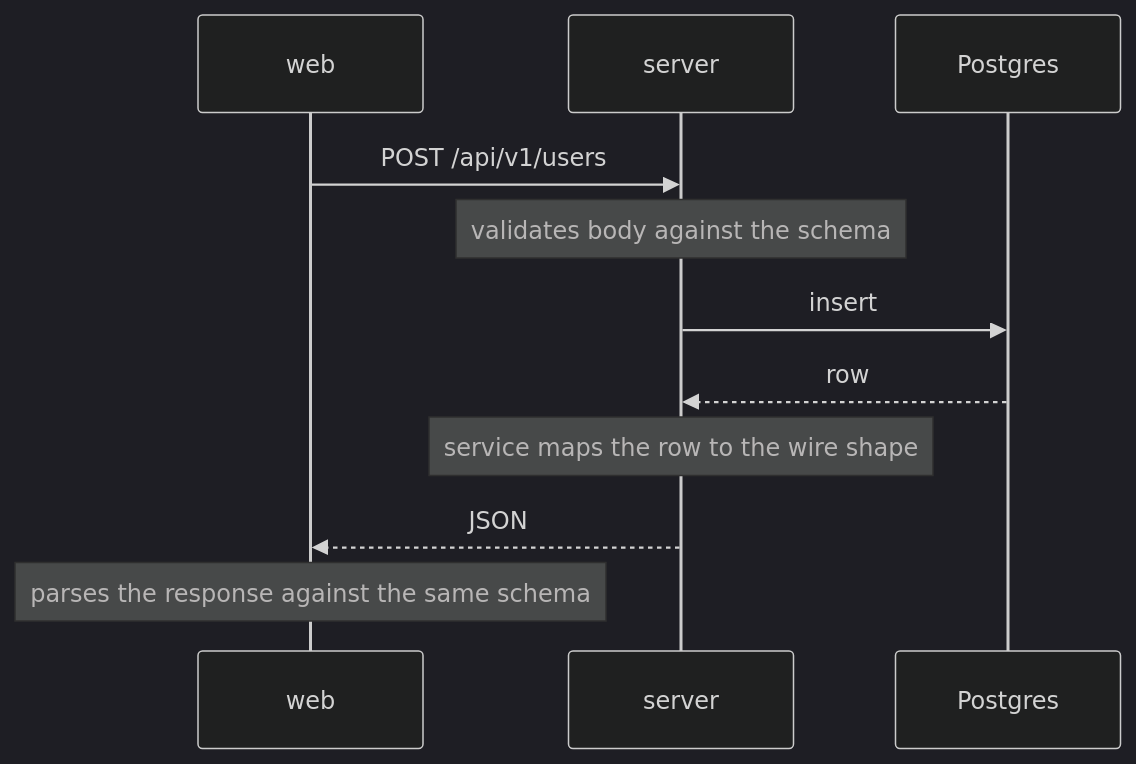
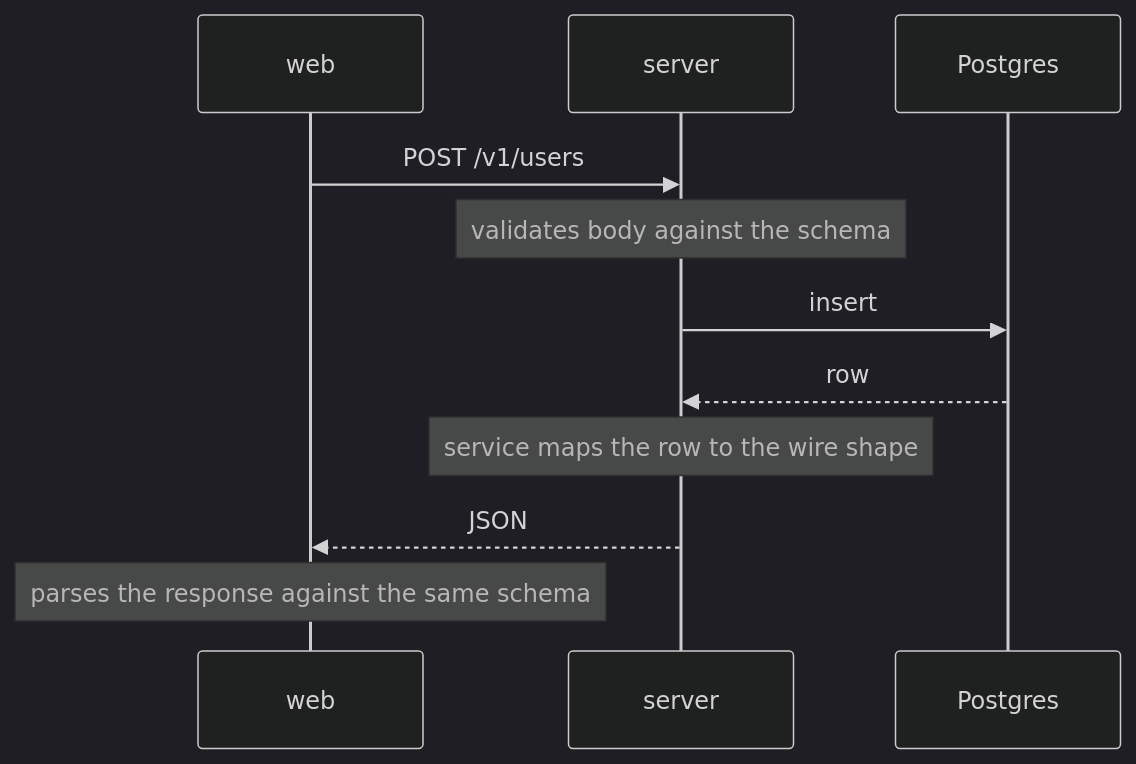
Before and after one commit to krishinparikh/kp-app: the second of 2 diagrams in docs/architecture/high-level.md, drawn with Mermaid (dark theme). The commit also changed other lines of this file and 56 other files, not shown here.

````diff
--- a/docs/architecture/high-level.md
+++ b/docs/architecture/high-level.md
@@ -85,14 +85,14 @@
 ```mermaid
 sequenceDiagram
     participant C as web
     participant S as server
     participant D as Postgres
 
-    C->>S: POST /api/v1/users
+    C->>S: POST /v1/users
     Note over S: validates body against the schema
     S->>D: insert
     D-->>S: row
     Note over S: service maps the row to the wire shape
     S-->>C: JSON
     Note over C: parses the response against the same schema
 ```
````
